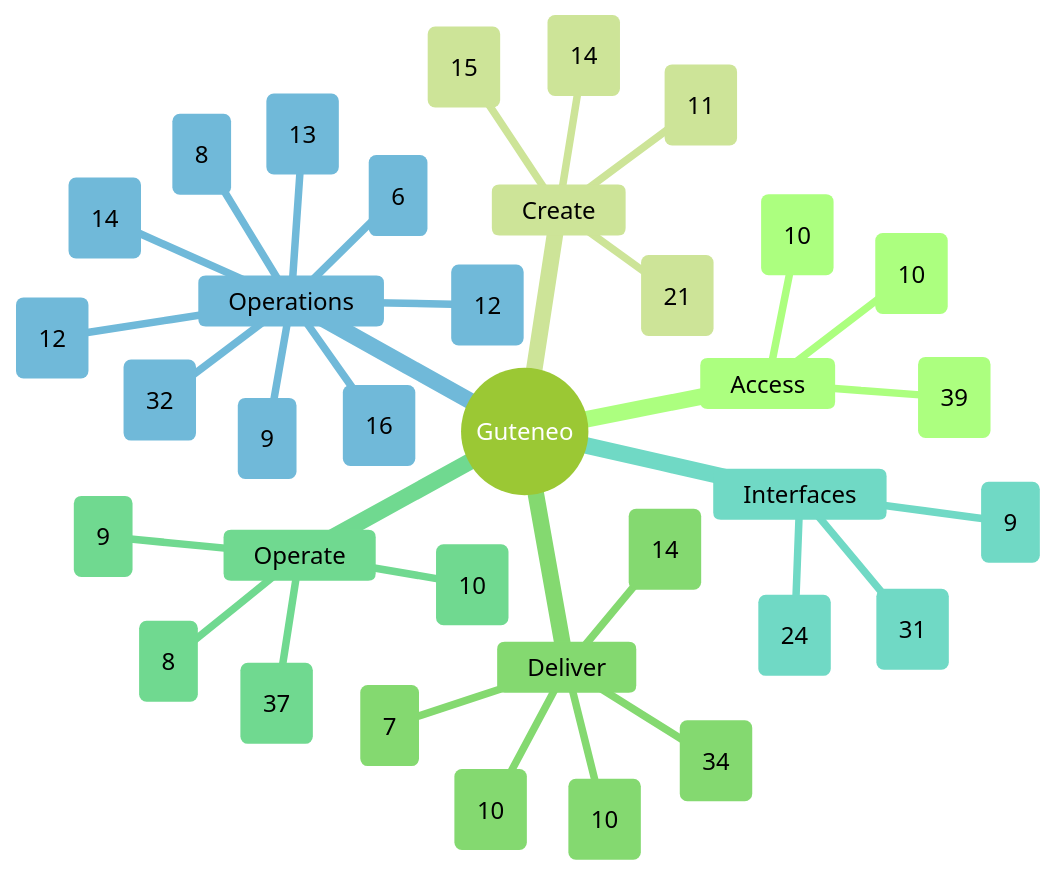
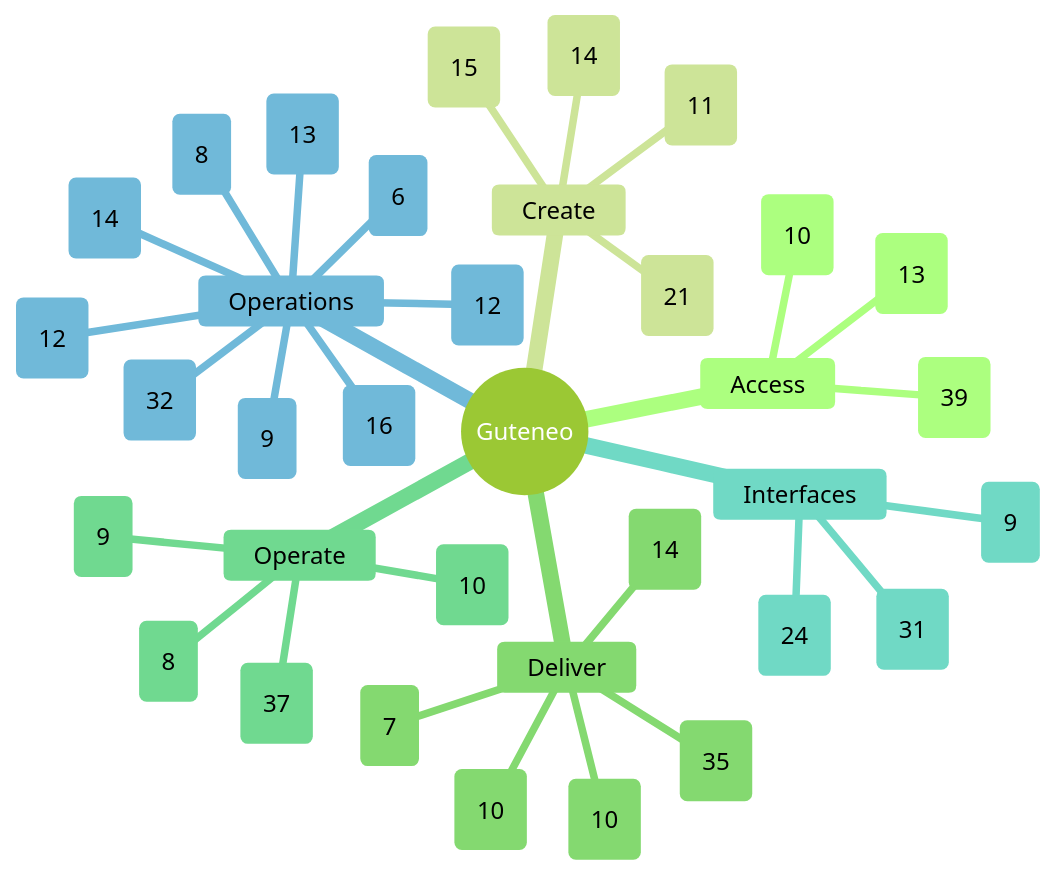
One commit to nclsppr/guteneo changed the diagram in docs/FEATURE_MAP.md. Above: the diagram before and after it, drawn with Mermaid (forest theme). The commit also changed other lines of this file and 12 other files, not shown here.

First line of the commit message:
Document My documents volume, Administration access and export evidence

````diff
--- a/docs/FEATURE_MAP.md
+++ b/docs/FEATURE_MAP.md
@@ -13,38 +13,38 @@
 ```mermaid
 mindmap
   root((Guteneo))
     Access
       Access and identity (39)
       Team and responsibilities (10)
-      Workspace administration and reports (10)
+      Workspace administration and reports (13)
     Create
       Documents and protection (21)
       Template studio (14)
       Data and mappings (11)
       PDF generation and distribution (15)
     Deliver
       Fax (10)
       Postal mail (10)
       Email and protected links (14)
-      Sensitive distribution and personal documents (34)
+      Sensitive distribution and personal documents (35)
       Dispatch dry run (7)
     Operate
       Campaigns and tracking (8)
       Credits and billing (9)
       Workspace layout and browser appearance (37)
       PDF verification (10)
     Interfaces
       Assistants and API (31)
       iPhone and iPad (9)
       Public pages, languages and appearance (24)
     Operations
       Reviewer OAuth qualification (9)
       Operations and reliability (32)
       Belvédère platform oversight (14)
       Public service status (16)
       Engineering documentation (12)
       Codex Cloud development (8)
       Continuous reviewer preparation (6)
       Automatic fax tariff maintenance (13)
       Consumed provider freshness and J-1 alerts (12)
 ```
````
